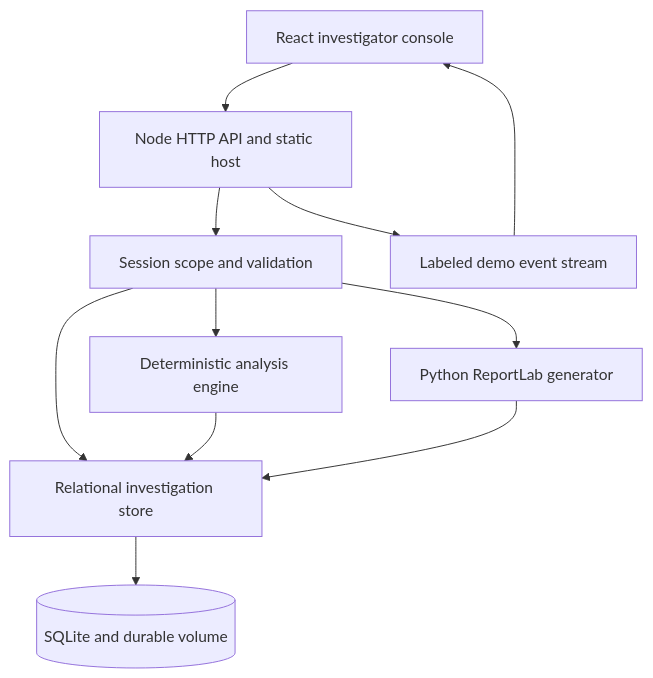
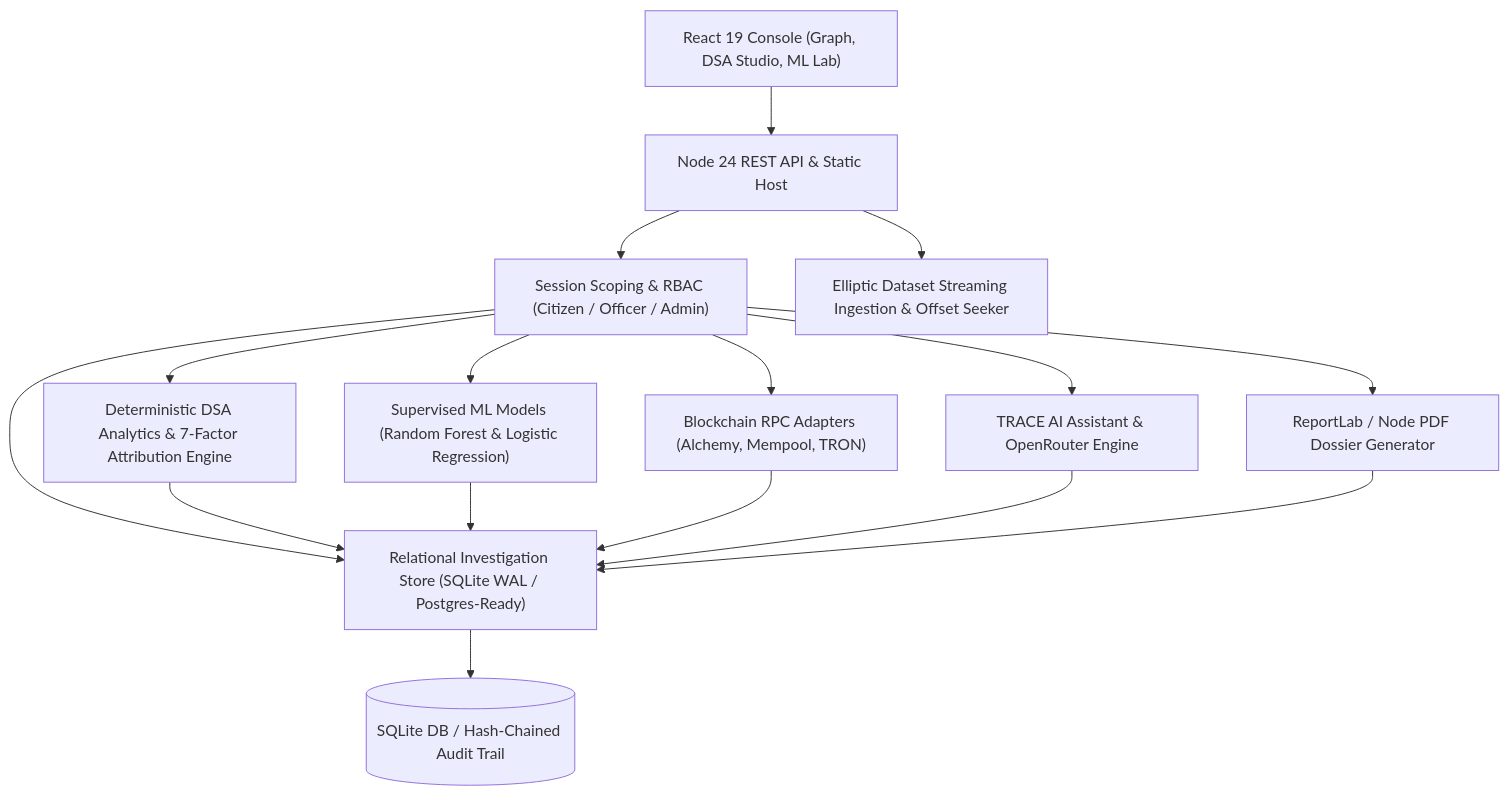
The first of 2 diagrams in docs/ARCHITECTURE.md (chakriroyal2007-star/CYBER-TRACE), drawn with Mermaid before and after one commit. The commit also changed other lines of this file and 18 other files, not shown here.

````diff
--- a/docs/ARCHITECTURE.md
+++ b/docs/ARCHITECTURE.md
@@ -7,13 +11,18 @@
 ```mermaid
 flowchart TD
-  Browser["React investigator console"] --> HTTP["Node HTTP API and static host"]
-  HTTP --> Session["Session scope and validation"]
-  Session --> Store["Relational investigation store"]
-  Session --> Engine["Deterministic analysis engine"]
-  Session --> Report["Python ReportLab generator"]
+  Browser["React 19 Console (Graph, DSA Studio, ML Lab)"] --> HTTP["Node 24 REST API & Static Host"]
+  HTTP --> Session["Session Scoping & RBAC (Citizen / Officer / Admin)"]
+  HTTP --> Ingest["Elliptic Dataset Streaming Ingestion & Offset Seeker"]
+  Session --> Store["Relational Investigation Store (SQLite WAL / Postgres-Ready)"]
+  Session --> Engine["Deterministic DSA Analytics & 7-Factor Attribution Engine"]
+  Session --> ML["Supervised ML Models (Random Forest & Logistic Regression)"]
+  Session --> Adapters["Blockchain RPC Adapters (Alchemy, Mempool, TRON)"]
+  Session --> AI["TRACE AI Assistant & OpenRouter Engine"]
+  Session --> Report["ReportLab / Node PDF Dossier Generator"]
   Engine --> Store
-  Store --> DB[("SQLite and durable volume")]
+  ML --> Store
+  Adapters --> Store
+  AI --> Store
   Report --> Store
-  HTTP --> Stream["Labeled demo event stream"]
-  Stream --> Browser
+  Store --> DB[("SQLite DB / Hash-Chained Audit Trail")]
 ```
````
